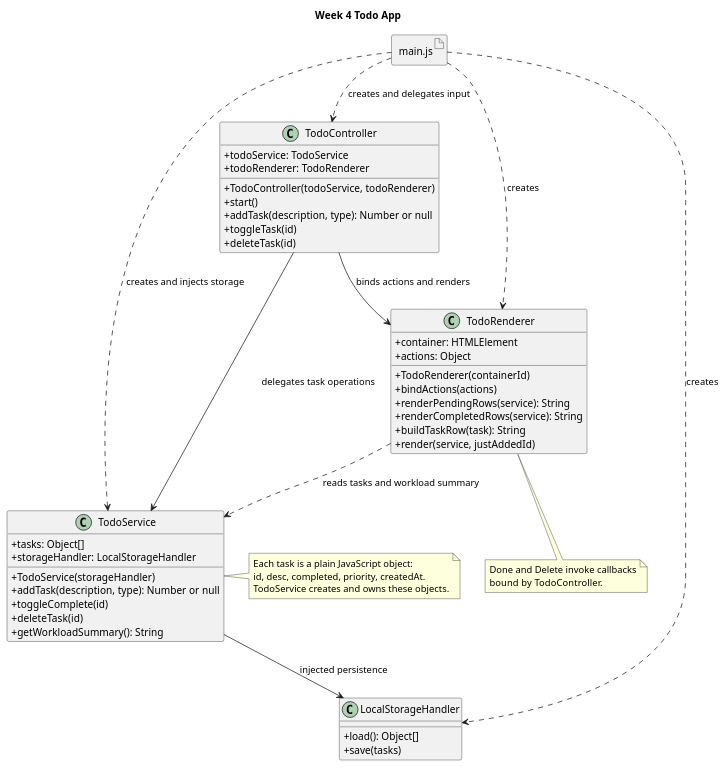
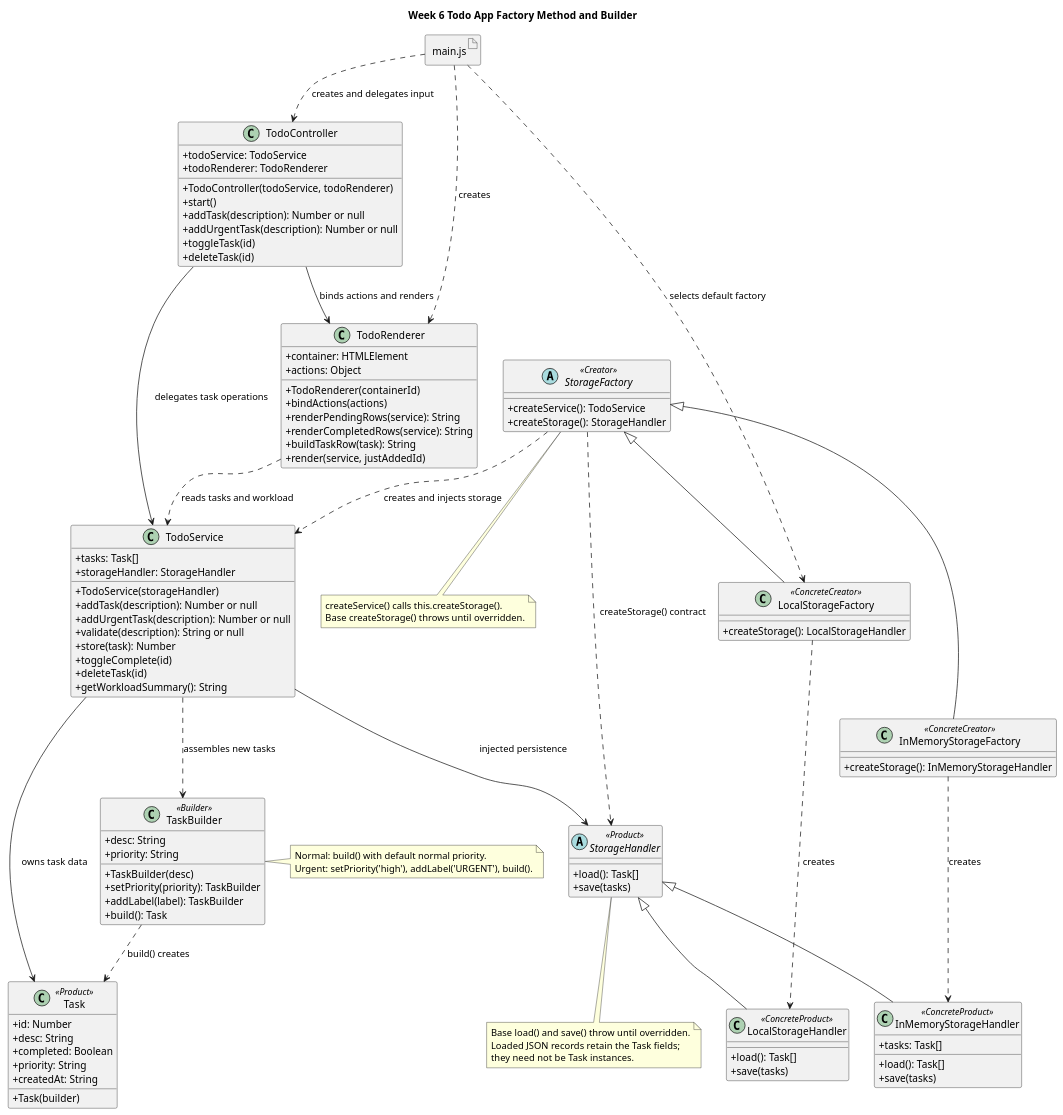
The diagram in docs/class-diagram.puml (granitllugiqi/swen383-todo), drawn with PlantUML before and after one commit. The commit also changed 3 other files, not shown here.

Commit message:
docs: complete Week 6 pattern diagrams and browser verification

```diff
--- a/docs/class-diagram.puml
+++ b/docs/class-diagram.puml
@@ -1,62 +1,123 @@
 @startuml ClassDiagram
-title Week 4 Todo App
+title Week 6 Todo App Factory Method and Builder
 allowmixing
 skinparam classAttributeIconSize 0
 
+abstract class StorageHandler <<Product>> {
+  + load(): Task[]
+  + save(tasks)
+}
+
+class LocalStorageHandler <<ConcreteProduct>> {
+  + load(): Task[]
+  + save(tasks)
+}
+
+class InMemoryStorageHandler <<ConcreteProduct>> {
+  + tasks: Task[]
+  + load(): Task[]
+  + save(tasks)
+}
+
+abstract class StorageFactory <<Creator>> {
+  + createService(): TodoService
+  + createStorage(): StorageHandler
+}
+
+class LocalStorageFactory <<ConcreteCreator>> {
+  + createStorage(): LocalStorageHandler
+}
+
+class InMemoryStorageFactory <<ConcreteCreator>> {
+  + createStorage(): InMemoryStorageHandler
+}
+
+class Task <<Product>> {
+  + id: Number
+  + desc: String
+  + completed: Boolean
+  + priority: String
+  + createdAt: String
+  + Task(builder)
+}
+
+class TaskBuilder <<Builder>> {
+  + desc: String
+  + priority: String
+  + TaskBuilder(desc)
+  + setPriority(priority): TaskBuilder
+  + addLabel(label): TaskBuilder
+  + build(): Task
+}
+
 class TodoService {
-  + tasks: Object[]
-  + storageHandler: LocalStorageHandler
+  + tasks: Task[]
+  + storageHandler: StorageHandler
   + TodoService(storageHandler)
-  + addTask(description, type): Number or null
+  + addTask(description): Number or null
+  + addUrgentTask(description): Number or null
+  + validate(description): String or null
+  + store(task): Number
   + toggleComplete(id)
   + deleteTask(id)
   + getWorkloadSummary(): String
-}
-
-class LocalStorageHandler {
-  + load(): Object[]
-  + save(tasks)
 }
 
 class TodoRenderer {
   + container: HTMLElement
   + actions: Object
   + TodoRenderer(containerId)
   + bindActions(actions)
   + renderPendingRows(service): String
   + renderCompletedRows(service): String
   + buildTaskRow(task): String
   + render(service, justAddedId)
 }
 
 class TodoController {
   + todoService: TodoService
   + todoRenderer: TodoRenderer
   + TodoController(todoService, todoRenderer)
   + start()
-  + addTask(description, type): Number or null
+  + addTask(description): Number or null
+  + addUrgentTask(description): Number or null
   + toggleTask(id)
   + deleteTask(id)
 }
 
 artifact "main.js" as Main
-Main ..> LocalStorageHandler : creates
-Main ..> TodoService : creates and injects storage
+StorageHandler <|-- LocalStorageHandler
+StorageHandler <|-- InMemoryStorageHandler
+StorageFactory <|-- LocalStorageFactory
+StorageFactory <|-- InMemoryStorageFactory
+StorageFactory ..> StorageHandler : createStorage() contract
+StorageFactory ..> TodoService : creates and injects storage
+LocalStorageFactory ..> LocalStorageHandler : creates
+InMemoryStorageFactory ..> InMemoryStorageHandler : creates
+Main ..> LocalStorageFactory : selects default factory
 Main ..> TodoRenderer : creates
 Main ..> TodoController : creates and delegates input
-TodoService --> LocalStorageHandler : injected persistence
+TodoService --> StorageHandler : injected persistence
+TodoService ..> TaskBuilder : assembles new tasks
+TaskBuilder ..> Task : build() creates
+TodoService --> Task : owns task data
 TodoController --> TodoService : delegates task operations
 TodoController --> TodoRenderer : binds actions and renders
-TodoRenderer ..> TodoService : reads tasks and workload summary
+TodoRenderer ..> TodoService : reads tasks and workload
 
-note right of TodoService
-  Each task is a plain JavaScript object:
-  id, desc, completed, priority, createdAt.
-  TodoService creates and owns these objects.
+note bottom of StorageFactory
+  createService() calls this.createStorage().
+  Base createStorage() throws until overridden.
 end note
 
-note bottom of TodoRenderer
-  Done and Delete invoke callbacks
-  bound by TodoController.
+note bottom of StorageHandler
+  Base load() and save() throw until overridden.
+  Loaded JSON records retain the Task fields;
+  they need not be Task instances.
+end note
+
+note right of TaskBuilder
+  Normal: build() with default normal priority.
+  Urgent: setPriority('high'), addLabel('URGENT'), build().
 end note
 @enduml
```
